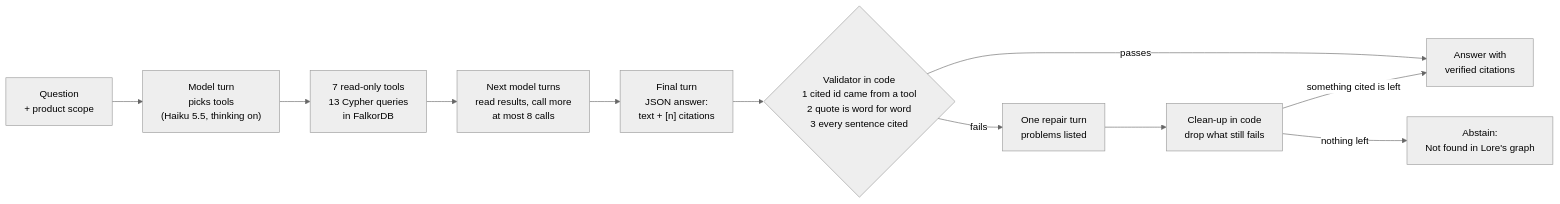
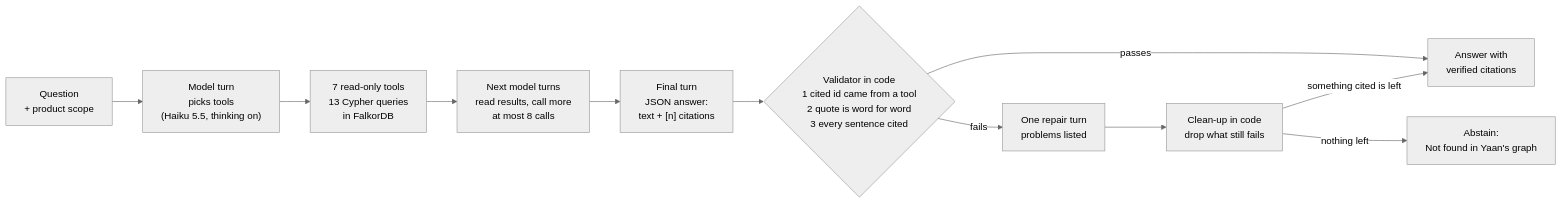
Before and after one commit to t-maypat/yaan: the diagram in docs/diagrams/agent-loop.mmd, drawn with Mermaid (neutral theme). The commit also changed 204 other files, not shown here.

First line of the commit message:
Phase 22.10: Lore's remaining names become Yaan's; old names still read

```diff
--- a/docs/diagrams/agent-loop.mmd
+++ b/docs/diagrams/agent-loop.mmd
@@ -1,12 +1,12 @@
 %% The answer agent, slice A (9.0): tool turns, then a JSON answer that code checks before anyone sees it.
 flowchart LR
   Q["Question<br/>+ product scope"]:::human --> T1["Model turn<br/>picks tools<br/>(Haiku 5.5, thinking on)"]:::ext
   T1 --> TOOLS["7 read-only tools<br/>13 Cypher queries<br/>in FalkorDB"]:::store
   TOOLS --> TN["Next model turns<br/>read results, call more<br/>at most 8 calls"]:::ext
   TN --> J["Final turn<br/>JSON answer:<br/>text + [n] citations"]:::ext
   J --> V{"Validator in code<br/>1 cited id came from a tool<br/>2 quote is word for word<br/>3 every sentence cited"}:::guard
   V -->|passes| A["Answer with<br/>verified citations"]:::file
   V -->|fails| R["One repair turn<br/>problems listed"]:::ext
   R --> C["Clean-up in code<br/>drop what still fails"]:::guard
   C -->|something cited is left| A
-  C -->|nothing left| N["Abstain:<br/>Not found in Lore's graph"]:::file
+  C -->|nothing left| N["Abstain:<br/>Not found in Yaan's graph"]:::file
```
